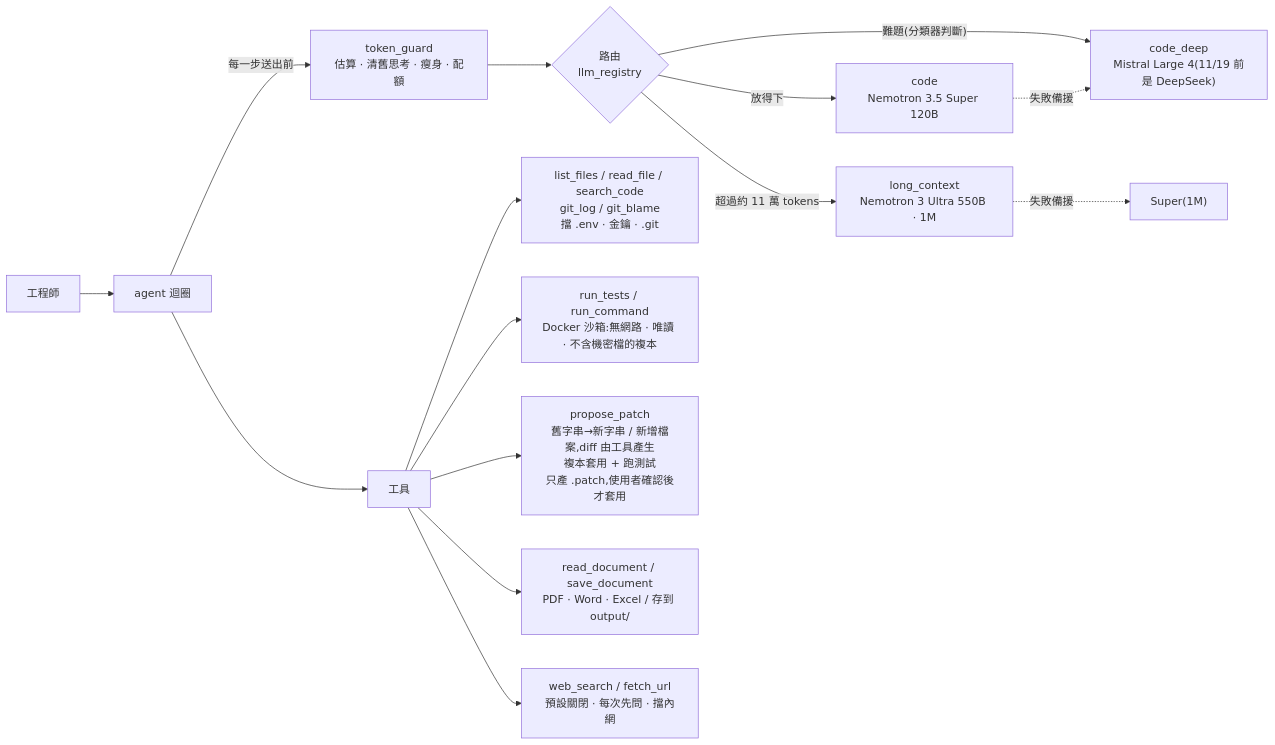
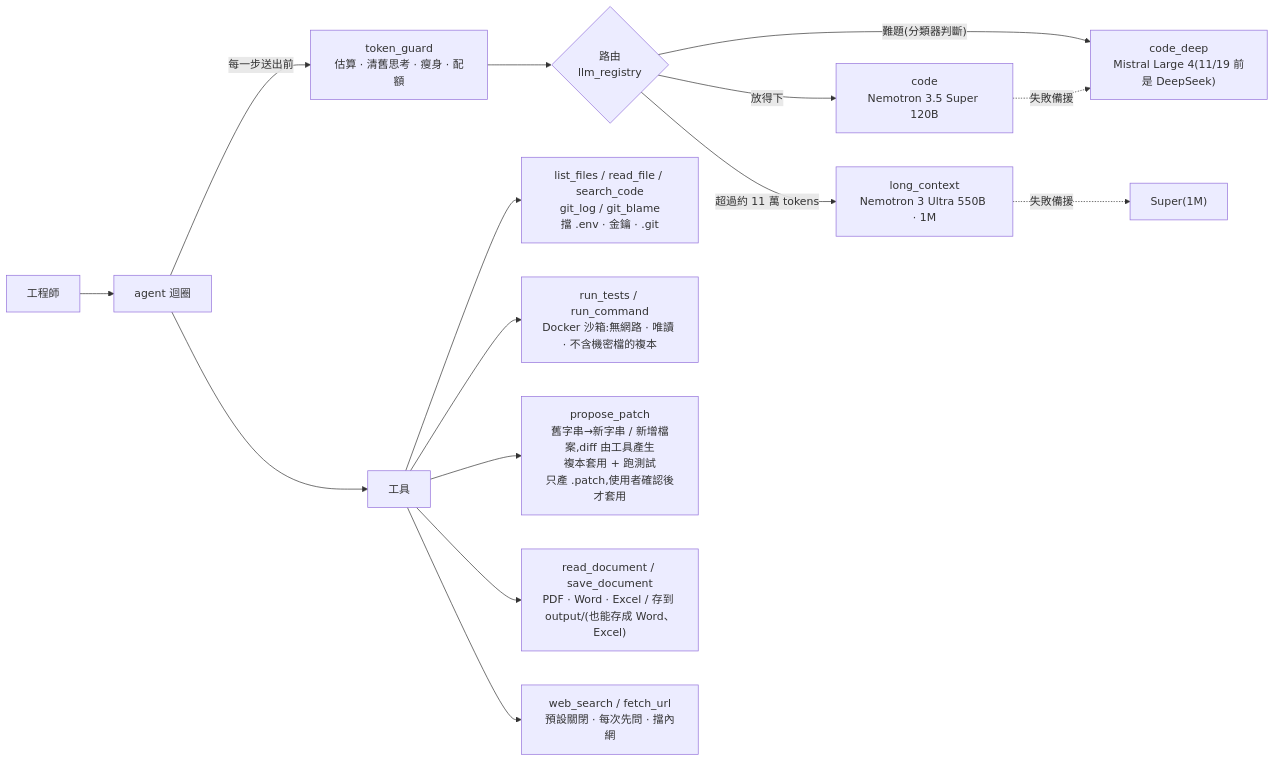
Before and after one commit to inform199751-crypto/nvidia-dev-assistant: the diagram in README.md, drawn with Mermaid. The commit also changed other lines of this file and 2 other files, not shown here.

Commit message:
Sync README and portfolio: Word/Excel export, embedding model swap, estimate fix, 129 problems, 276 tests

````diff
--- a/README.md
+++ b/README.md
@@ -65,17 +65,17 @@
 ```mermaid
 flowchart LR
     U[工程師] --> A[agent 迴圈]
     A -->|每一步送出前| G["token_guard<br/>估算 · 清舊思考 · 瘦身 · 配額"]
     G --> R{"路由<br/>llm_registry"}
     R -->|放得下| S["code<br/>Nemotron 3.5 Super 120B"]
     R -->|"超過約 11 萬 tokens"| L["long_context<br/>Nemotron 3 Ultra 550B · 1M"]
     R -->|"難題(分類器判斷)"| D
     S -. 失敗備援 .-> D["code_deep<br/>Mistral Large 4(11/19 前是 DeepSeek)"]
     L -. 失敗備援 .-> S2["Super(1M)"]
     A --> T[工具]
     T --> T1["list_files / read_file / search_code<br/>git_log / git_blame<br/>擋 .env · 金鑰 · .git"]
     T --> T2["run_tests / run_command<br/>Docker 沙箱:無網路 · 唯讀 · 不含機密檔的複本"]
     T --> T3["propose_patch<br/>舊字串→新字串 / 新增檔案,diff 由工具產生<br/>複本套用 + 跑測試<br/>只產 .patch,使用者確認後才套用"]
-    T --> T4["read_document / save_document<br/>PDF · Word · Excel / 存到 output/"]
+    T --> T4["read_document / save_document<br/>PDF · Word · Excel / 存到 output/(也能存成 Word、Excel)"]
     T --> T5["web_search / fetch_url<br/>預設關閉 · 每次先問 · 擋內網"]
 ```
````
